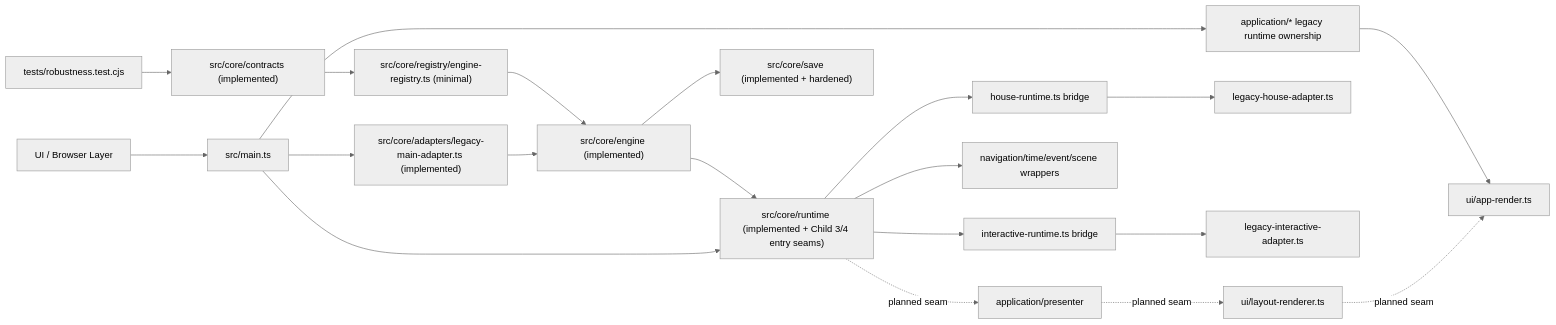
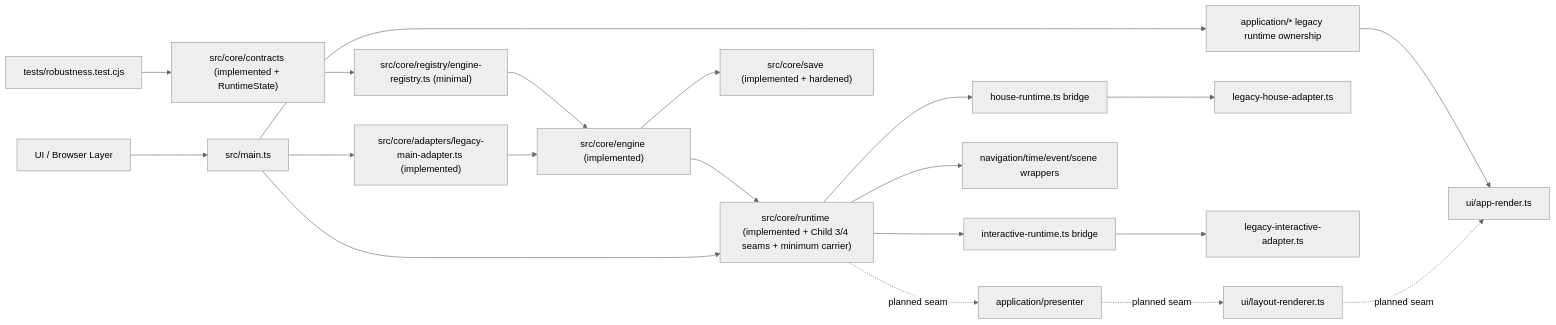
The first of 5 diagrams in docs/superpowers/weekly/2026-06-29-weekly-architecture-report.md (MA141277/RPG_TG), drawn with Mermaid (neutral theme) before and after one commit. The commit also changed other lines of this file and 22 other files, not shown here.

Commit message:
refactor: land minimum runtime state carrier

````diff
--- a/docs/superpowers/weekly/2026-06-29-weekly-architecture-report.md
+++ b/docs/superpowers/weekly/2026-06-29-weekly-architecture-report.md
@@ -24,22 +24,22 @@
 ```mermaid
 flowchart LR
     UI["UI / Browser Layer"] --> MAIN["src/main.ts"]
     MAIN --> APP["application/* legacy runtime ownership"]
     APP --> UIR["ui/app-render.ts"]
-    COREC["src/core/contracts (implemented)"] --> CORER["src/core/registry/engine-registry.ts (minimal)"]
+    COREC["src/core/contracts (implemented + RuntimeState)"] --> CORER["src/core/registry/engine-registry.ts (minimal)"]
     CORER --> COREE["src/core/engine (implemented)"]
-    COREE --> CORERT["src/core/runtime (implemented + Child 3/4 entry seams)"]
+    COREE --> CORERT["src/core/runtime (implemented + Child 3/4 seams + minimum carrier)"]
     COREE --> CORES["src/core/save (implemented + hardened)"]
     MAIN --> ADAPTER["src/core/adapters/legacy-main-adapter.ts (implemented)"]
     ADAPTER --> COREE
     MAIN --> CORERT
     CORERT --> HOUCERT["house-runtime.ts bridge"]
     CORERT --> INTRT["interactive-runtime.ts bridge"]
     HOUCERT --> HOUSEAD["legacy-house-adapter.ts"]
     INTRT --> INTAD["legacy-interactive-adapter.ts"]
     CORERT --> NAVRT["navigation/time/event/scene wrappers"]
     CORERT -. planned seam .-> PRESENTER["application/presenter"]
     PRESENTER -. planned seam .-> UIL["ui/layout-renderer.ts"]
     UIL -. planned seam .-> UIR
     TESTS["tests/robustness.test.cjs"] --> COREC
 ```
````
